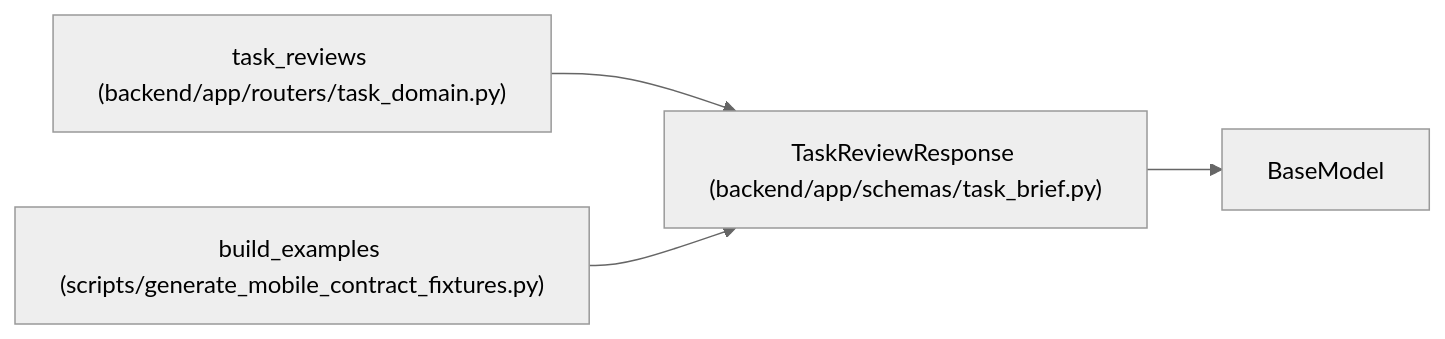
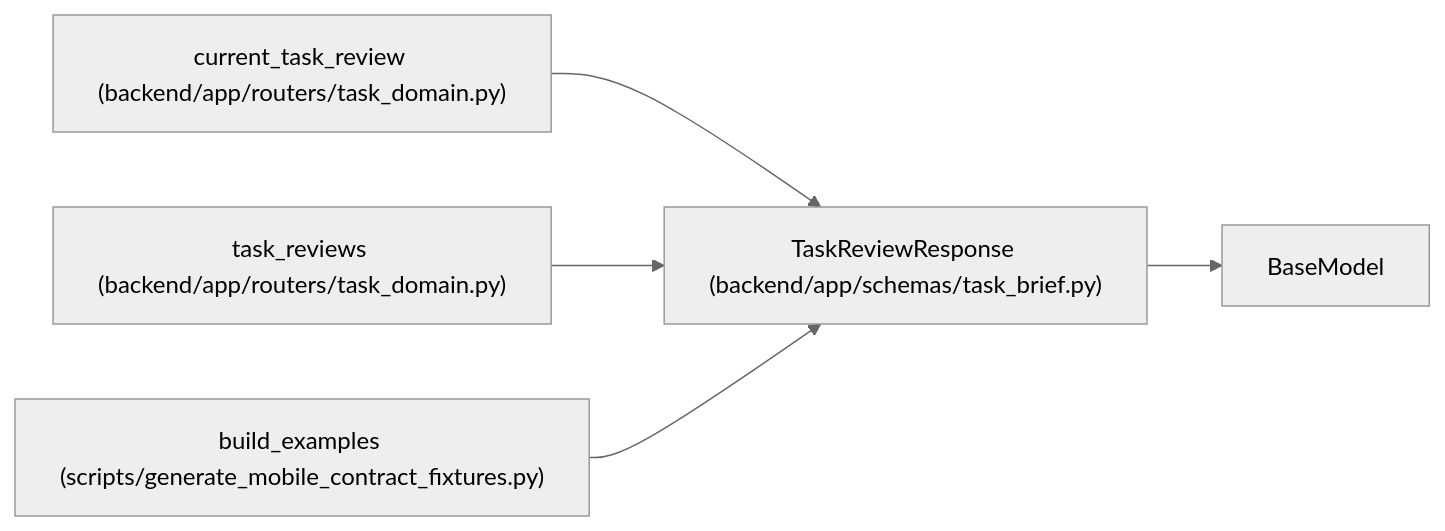
Before and after one commit to Denissvgn/WorkChord: the diagram in docs/llm_wiki/entities/TaskReviewResponse.md, drawn with Mermaid (neutral theme). The commit also changed other lines of this file and 458 other files, not shown here.

Commit message:
docs(wiki): describe evidence actions and current review projection

````diff
--- a/docs/llm_wiki/entities/TaskReviewResponse.md
+++ b/docs/llm_wiki/entities/TaskReviewResponse.md
@@ -39,13 +39,16 @@
 ```mermaid
 flowchart LR
     n0["TaskReviewResponse (backend/app/schemas/task_brief.py)"]
     n1["BaseModel"]
-    n2["task_reviews (backend/app/routers/task_domain.py)"]
-    n3["build_examples (scripts/generate_mobile_contract_fixtures.py)"]
+    n2["current_task_review (backend/app/routers/task_domain.py)"]
+    n3["task_reviews (backend/app/routers/task_domain.py)"]
+    n4["build_examples (scripts/generate_mobile_contract_fixtures.py)"]
     n0 --> n1
     n2 --> n0
     n3 --> n0
+    n4 --> n0
     click n0 "../modules/schemas_task_brief.md"
     click n2 "../modules/routers_task_domain.md"
-    click n3 "../modules/generate_mobile_contract_fixtures.md"
+    click n3 "../modules/routers_task_domain.md"
+    click n4 "../modules/generate_mobile_contract_fixtures.md"
 ```
````
